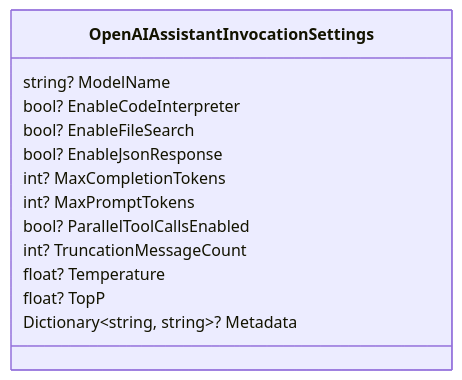
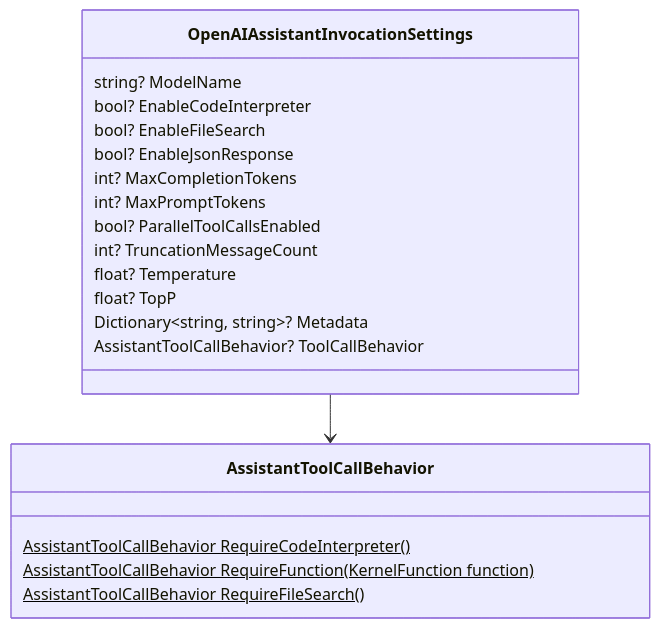
Before and after one commit to microsoft/semantic-kernel: the diagram in docs/decisions/diagrams/assistant-invocationsettings.mmd, drawn with Mermaid. The commit also changed 6 other files, not shown here.

Commit message:
Add ToolCallBehavior

```diff
--- a/docs/decisions/diagrams/assistant-invocationsettings.mmd
+++ b/docs/decisions/diagrams/assistant-invocationsettings.mmd
@@ -1,15 +1,23 @@
 classDiagram
 
+    OpenAIAssistantInvocationSettings --> AssistantToolCallBehavior
     class OpenAIAssistantInvocationSettings {
         string? ModelName
         bool? EnableCodeInterpreter
         bool? EnableFileSearch
         bool? EnableJsonResponse
         int? MaxCompletionTokens
         int? MaxPromptTokens
         bool? ParallelToolCallsEnabled
         int? TruncationMessageCount
         float? Temperature
         float? TopP
         Dictionary~string, string~? Metadata
+        AssistantToolCallBehavior? ToolCallBehavior
     }
+
+    class AssistantToolCallBehavior {
+        AssistantToolCallBehavior RequireCodeInterpreter()$
+        AssistantToolCallBehavior RequireFunction(KernelFunction function)$
+        AssistantToolCallBehavior RequireFileSearch()$
+    }
```
